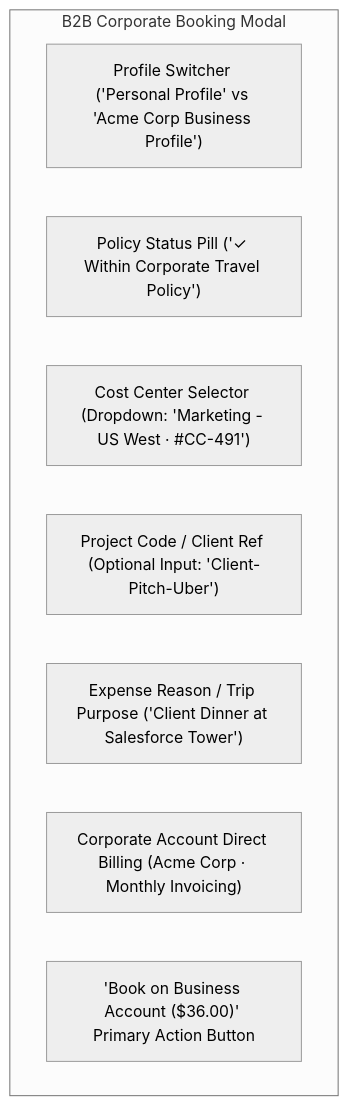
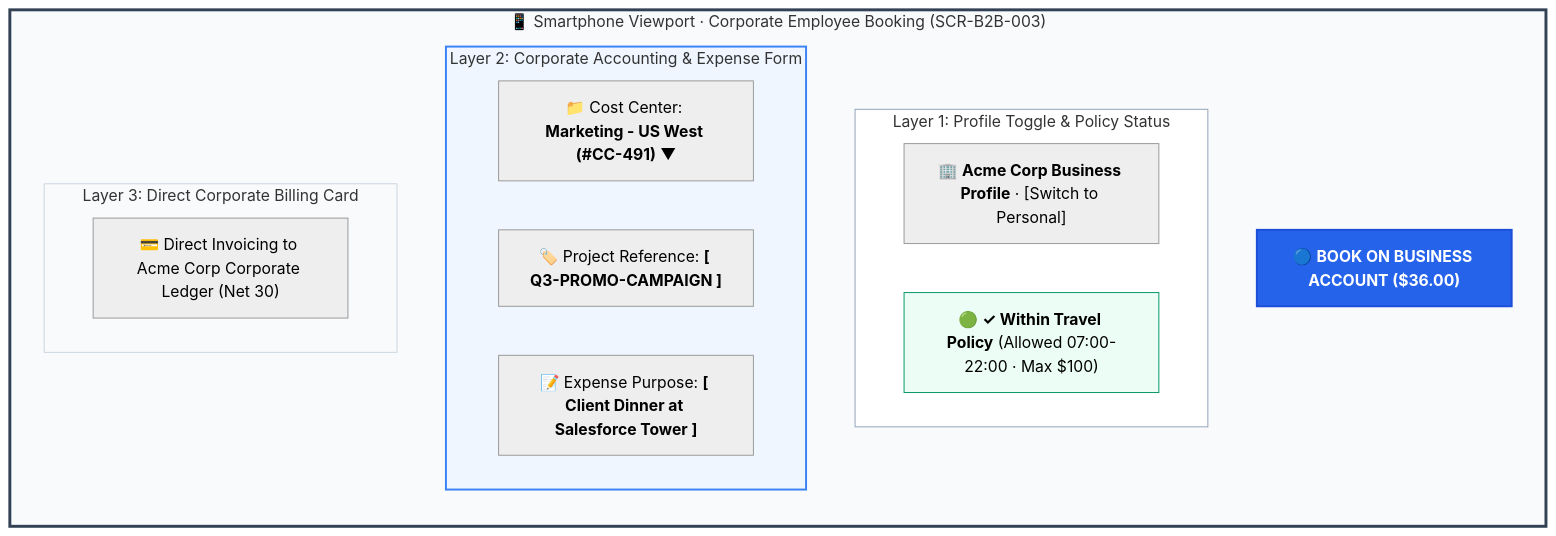
One commit to gkosarintsev/taxi-docs changed the diagram in docs/05-ui-and-ux/screen-contracts/b2b-employee-policy-and-booking.md. Above: the diagram before and after it, drawn with Mermaid (neutral theme). The commit also changed other lines of this file and 11 other files, not shown here.

Commit message:
docs(ui): modernize all 16 screen contracts with multi-layer visual Mermaid UI mockups

````diff
--- a/docs/05-ui-and-ux/screen-contracts/b2b-employee-policy-and-booking.md
+++ b/docs/05-ui-and-ux/screen-contracts/b2b-employee-policy-and-booking.md
@@ -9,12 +9,30 @@
 ```mermaid
-graph TD
-    subgraph CorporateBookingView [B2B Corporate Booking Modal]
-        ProfileSwitcher["Profile Switcher ('Personal Profile' vs 'Acme Corp Business Profile')"]
-        PolicyBadge["Policy Status Pill ('✓ Within Corporate Travel Policy')"]
-        CostCenterPicker["Cost Center Selector (Dropdown: 'Marketing - US West · #CC-491')"]
-        ProjectCodeInput["Project Code / Client Ref (Optional Input: 'Client-Pitch-Uber')"]
-        ExpenseReasonInput["Expense Reason / Trip Purpose ('Client Dinner at Salesforce Tower')"]
-        CorporatePaymentCard["Corporate Account Direct Billing (Acme Corp · Monthly Invoicing)"]
-        ConfirmBookingCTA["'Book on Business Account ($36.00)' Primary Action Button"]
+flowchart TB
+    subgraph PhoneFrame ["📱 Smartphone Viewport · Corporate Employee Booking (SCR-B2B-003)"]
+        direction TB
+
+        subgraph ProfileHeader ["Layer 1: Profile Toggle & Policy Status"]
+            Profile["🏢 <b>Acme Corp Business Profile</b> · [Switch to Personal]"]
+            PolicyBadge["🟢 <b>✓ Within Travel Policy</b> (Allowed 07:00-22:00 · Max $100)"]
+        end
+
+        subgraph AccountingFields ["Layer 2: Corporate Accounting & Expense Form"]
+            CostCenter["📁 Cost Center: <b>Marketing - US West (#CC-491)</b> ▼"]
+            ProjectCode["🏷️ Project Reference: <b>[ Q3-PROMO-CAMPAIGN ]</b>"]
+            TripPurpose["📝 Expense Purpose: <b>[ Client Dinner at Salesforce Tower ]</b>"]
+        end
+
+        subgraph BillingInfo ["Layer 3: Direct Corporate Billing Card"]
+            CardInfo["💳 Direct Invoicing to Acme Corp Corporate Ledger (Net 30)"]
+        end
+
+        ConfirmCTA["🔵 <b>BOOK ON BUSINESS ACCOUNT ($36.00)</b>"]
     end
+
+    style PhoneFrame fill:#F8FAFC,stroke:#334155,stroke-width:3px
+    style ProfileHeader fill:#FFFFFF,stroke:#94A3B8,stroke-width:1px
+    style PolicyBadge fill:#ECFDF5,stroke:#059669,stroke-width:1px
+    style AccountingFields fill:#EFF6FF,stroke:#3B82F6,stroke-width:2px
+    style BillingInfo fill:#F8FAFC,stroke:#CBD5E1,stroke-width:1px
+    style ConfirmCTA fill:#2563EB,stroke:#1D4ED8,color:#FFFFFF,stroke-width:2px
 ```
````
